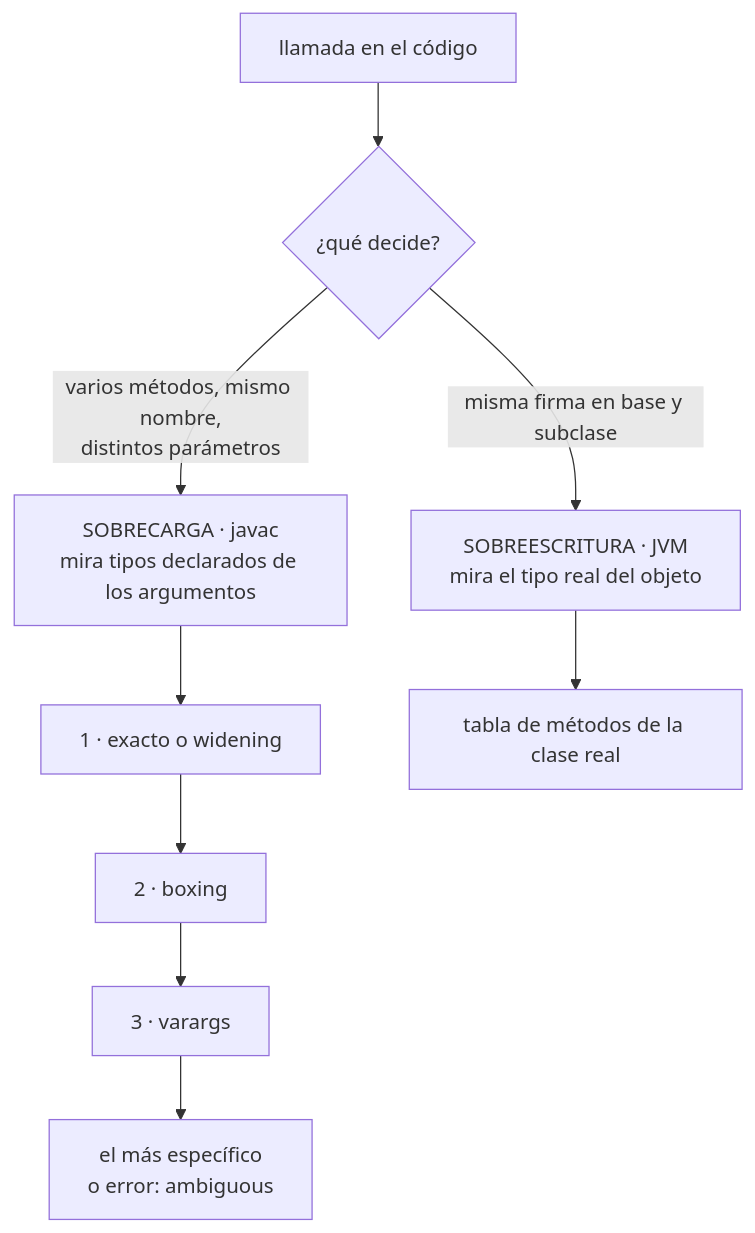
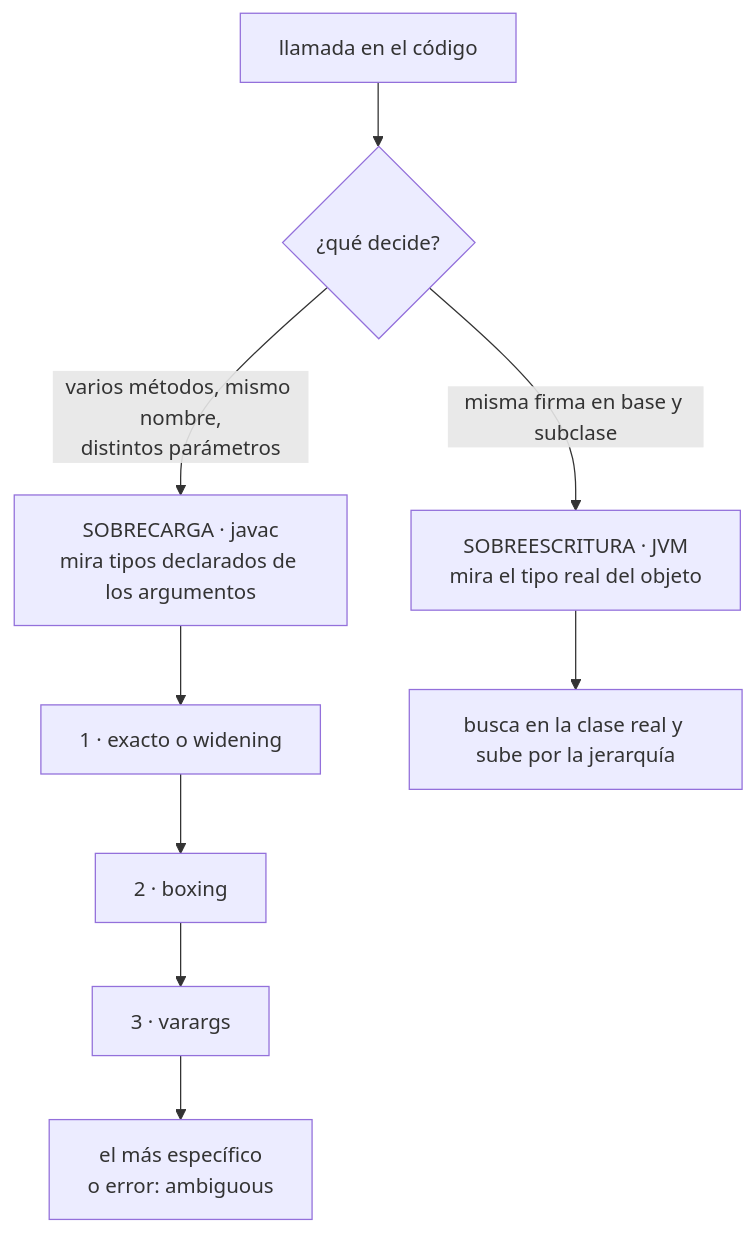
The fourth of 6 diagrams in web/public/content/java/modulo-1.md (NICORUIZ93/The_Imperial_Book), drawn with Mermaid before and after one commit. The commit also changed other lines of this file and 65 other files, not shown here.

````diff
--- a/web/public/content/java/modulo-1.md
+++ b/web/public/content/java/modulo-1.md
@@ -3258,8 +3572,8 @@
 ```mermaid
 flowchart TB
     L["llamada en el código"] --> Q{"¿qué decide?"}
     Q -->|"varios métodos, mismo nombre,<br/>distintos parámetros"| S["SOBRECARGA · javac<br/>mira tipos declarados de los argumentos"]
     S --> S1["1 · exacto o widening"] --> S2["2 · boxing"] --> S3["3 · varargs"] --> S4["el más específico<br/>o error: ambiguous"]
     Q -->|"misma firma en base y subclase"| R["SOBREESCRITURA · JVM<br/>mira el tipo real del objeto"]
-    R --> R1["tabla de métodos de la clase real"]
+    R --> R1["busca en la clase real y sube por la jerarquía"]
 ```
````
